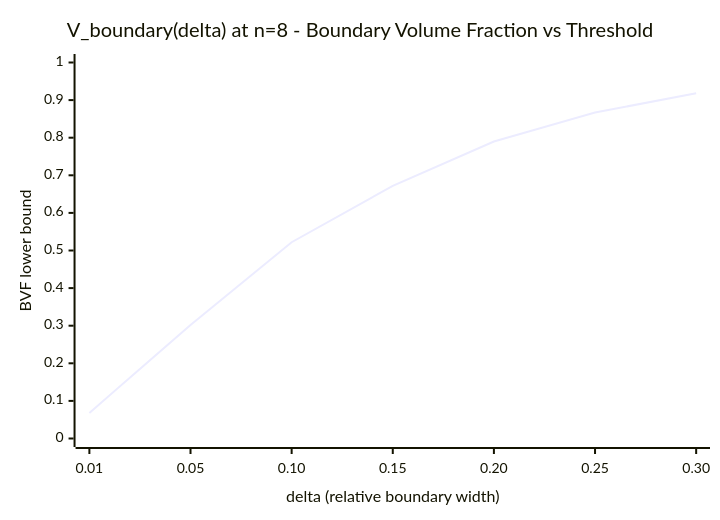
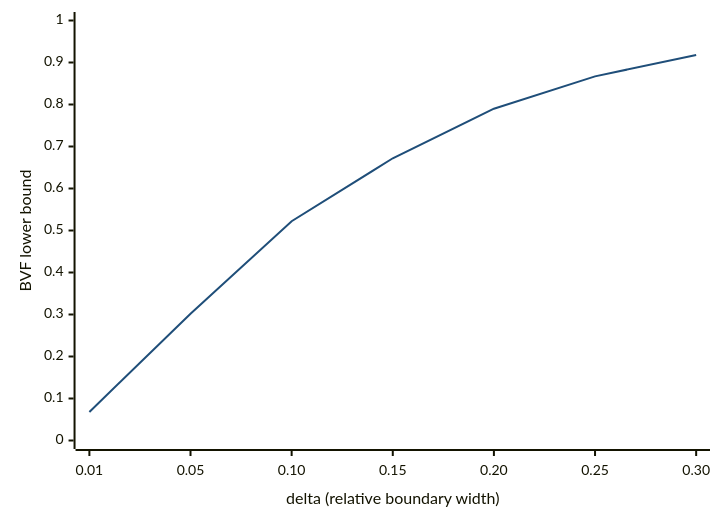
Before and after one commit to spectralbranding/sbt-papers: the second of 2 diagrams in r3-cohort-boundaries/paper.md, drawn with Mermaid. The commit also changed other lines of this file and 20 other files, not shown here.

````diff
--- a/r3-cohort-boundaries/paper.md
+++ b/r3-cohort-boundaries/paper.md
@@ -283,7 +283,7 @@
 ```mermaid
+%%{init: {"themeVariables": {"xyChart": {"plotColorPalette": "#1f4e79"}}}}%%
 xychart-beta
-    title "V_boundary(delta) at n=8 - Boundary Volume Fraction vs Threshold"
     x-axis "delta (relative boundary width)" [0.01, 0.05, 0.10, 0.15, 0.20, 0.25, 0.30]
     y-axis "BVF lower bound" 0 --> 1.0
     line [0.068, 0.302, 0.522, 0.672, 0.790, 0.867, 0.918]
 ```
````
